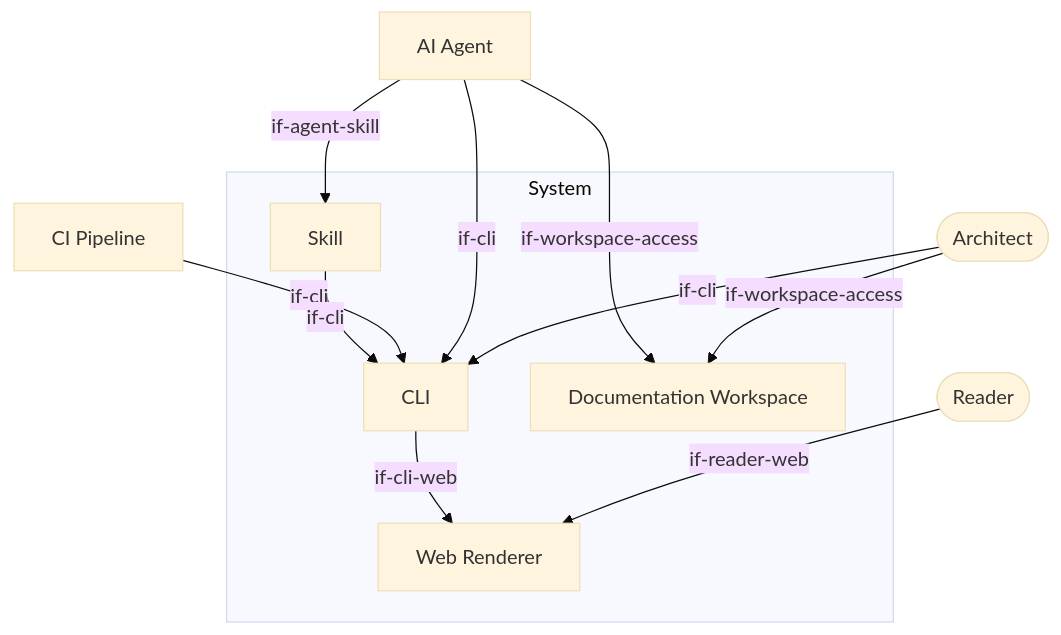
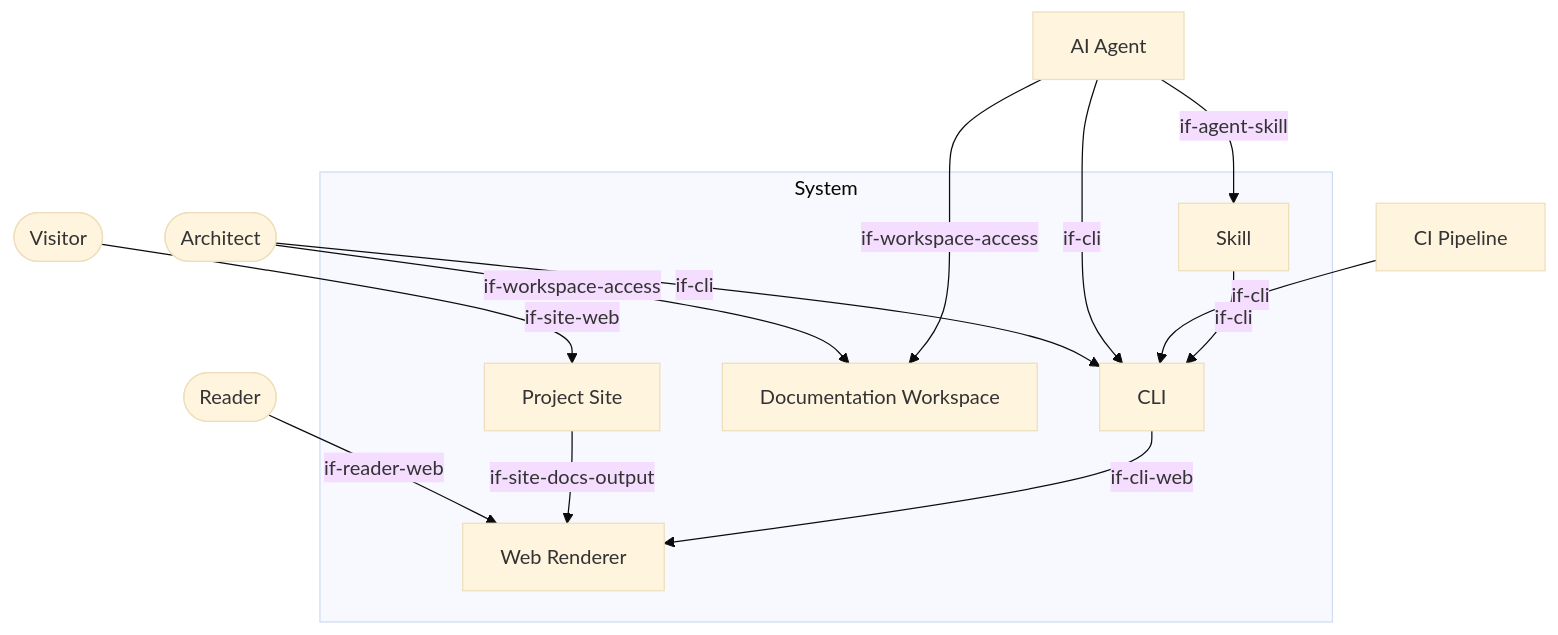
The diagram in docs/arc42/03-system-context.arc42.md (docToolchain/arc42-language), drawn with Mermaid (base theme) before and after one commit. The commit also changed other lines of this file and 6 other files, not shown here.

````diff
--- a/docs/arc42/03-system-context.arc42.md
+++ b/docs/arc42/03-system-context.arc42.md
@@ -15,24 +15,28 @@
 ```mermaid
 graph TD
     actor-architect(["Architect"])
     actor-agent["AI Agent"]
     actor-ci["CI Pipeline"]
     actor-reader(["Reader"])
+    actor-visitor(["Visitor"])
 
     subgraph system["System"]
         bb-cli["CLI"]
         bb-skill["Skill"]
         bb-web-renderer["Web Renderer"]
         bb-workspace["Documentation Workspace"]
+        bb-site["Project Site"]
     end
 
     actor-architect -->|"if-cli"| bb-cli
     actor-architect -->|"if-workspace-access"| bb-workspace
     actor-agent -->|"if-cli"| bb-cli
     actor-agent -->|"if-workspace-access"| bb-workspace
     actor-agent -->|"if-agent-skill"| bb-skill
     actor-ci -->|"if-cli"| bb-cli
     actor-reader -->|"if-reader-web"| bb-web-renderer
+    actor-visitor -->|"if-site-web"| bb-site
+    bb-site -->|"if-site-docs-output"| bb-web-renderer
     bb-skill -->|"if-cli"| bb-cli
     bb-cli -->|"if-cli-web"| bb-web-renderer
 ```
````
